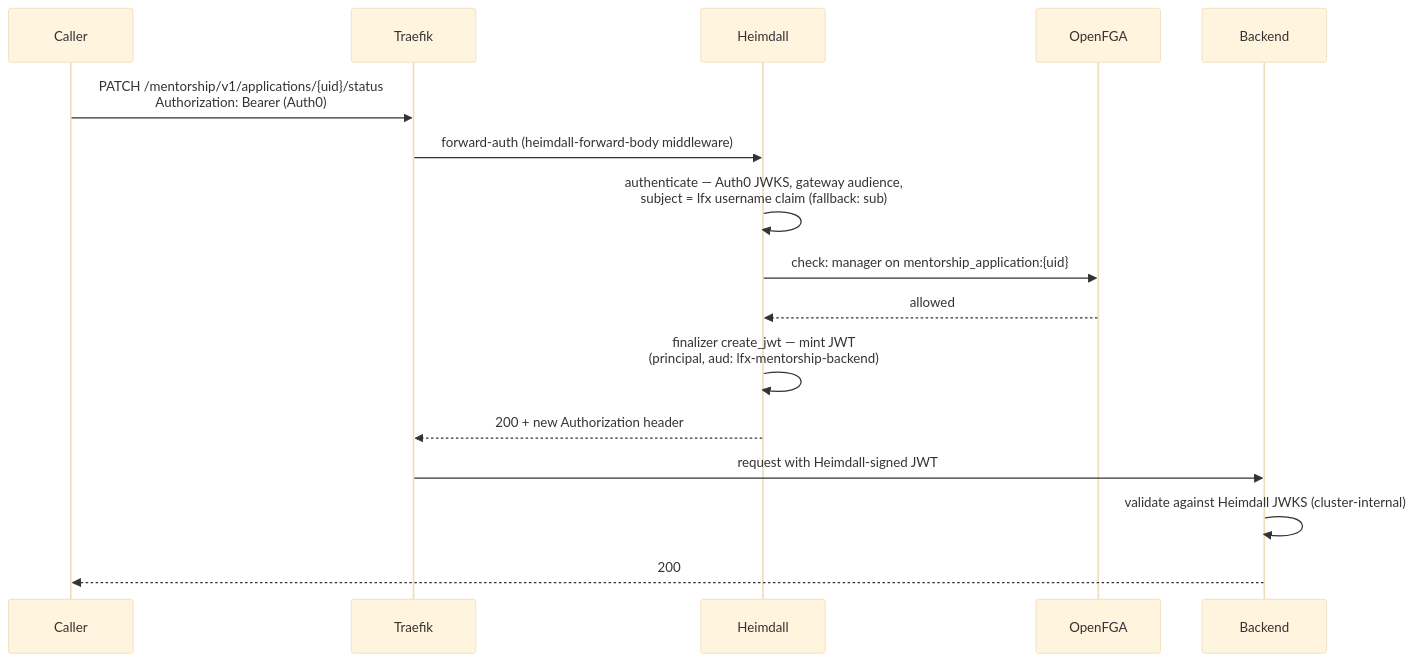
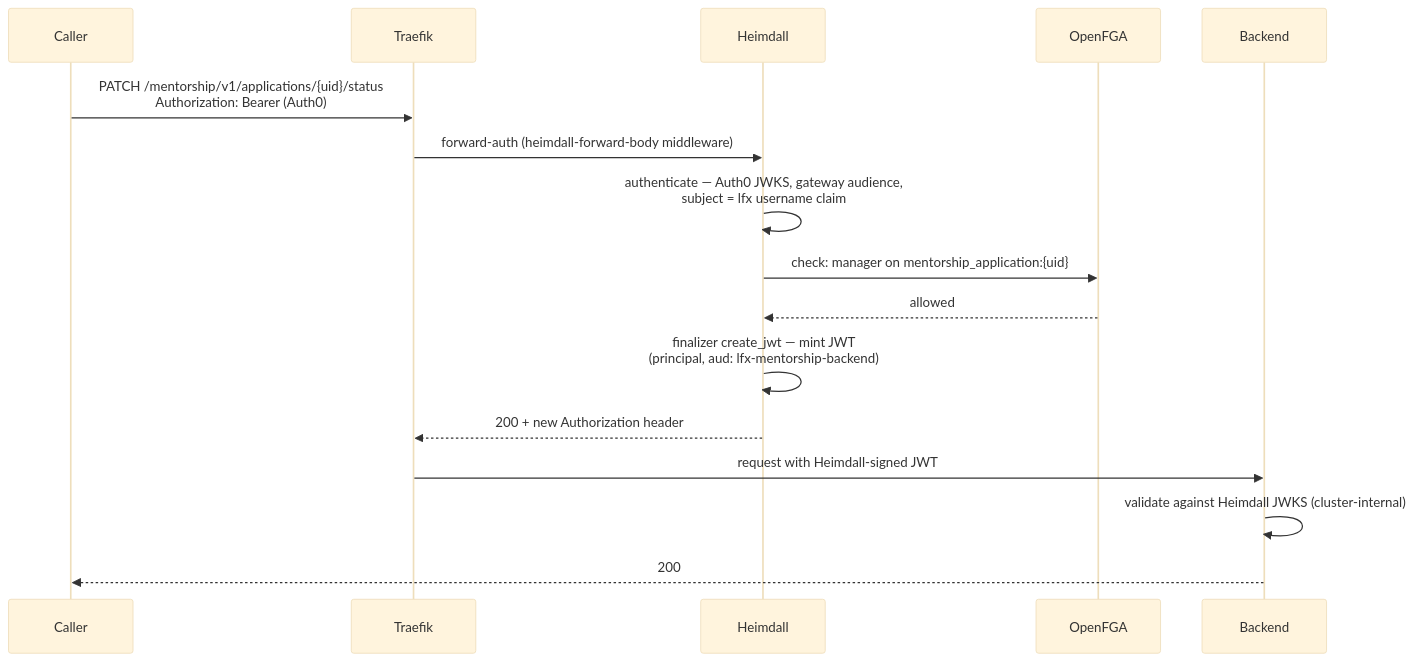
Before and after one commit to linuxfoundation/lfx-mentorship: the second of 3 diagrams in docs/rewrite/05-heimdall-gateway.md, drawn with Mermaid (base theme). The commit also changed other lines of this file and 2 other files, not shown here.

````diff
--- a/docs/rewrite/05-heimdall-gateway.md
+++ b/docs/rewrite/05-heimdall-gateway.md
@@ -59,19 +59,19 @@
 ```mermaid
 sequenceDiagram
     participant C as Caller
     participant T as Traefik
     participant H as Heimdall
     participant F as OpenFGA
     participant S as Backend
 
     C->>T: PATCH /mentorship/v1/applications/{uid}/status<br/>Authorization: Bearer (Auth0)
     T->>H: forward-auth (heimdall-forward-body middleware)
-    H->>H: authenticate — Auth0 JWKS, gateway audience,<br/>subject = lfx username claim (fallback: sub)
+    H->>H: authenticate — Auth0 JWKS, gateway audience,<br/>subject = lfx username claim
     H->>F: check: manager on mentorship_application:{uid}
     F-->>H: allowed
     H->>H: finalizer create_jwt — mint JWT<br/>(principal, aud: lfx-mentorship-backend)
     H-->>T: 200 + new Authorization header
     T->>S: request with Heimdall-signed JWT
     S->>S: validate against Heimdall JWKS (cluster-internal)
     S-->>C: 200
 ```
````
